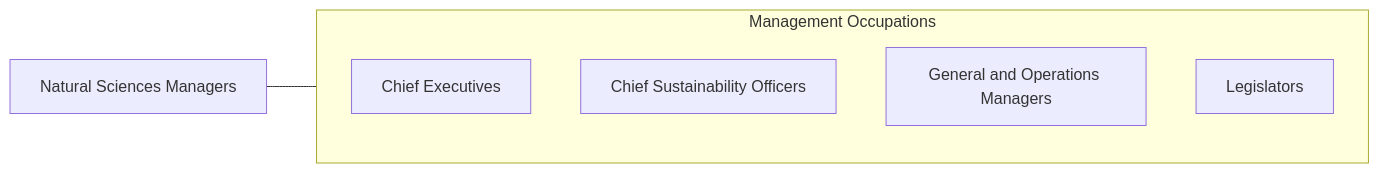
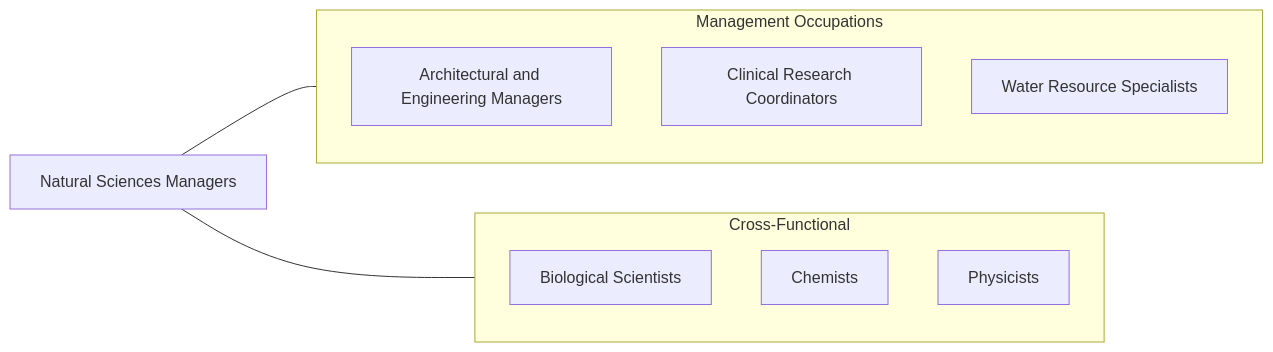
One commit to kziemski/business.org.ai changed the fourth of 4 diagrams in occupations/Management/NaturalSciencesManagers.mdx. Above: the diagram before and after it, drawn with Mermaid. The commit also changed other lines of this file and 938 other files, not shown here.

````diff
--- a/occupations/Management/NaturalSciencesManagers.mdx
+++ b/occupations/Management/NaturalSciencesManagers.mdx
@@ -121,13 +170,19 @@
 ```mermaid
 graph LR
-    Current["Natural Sciences Managers"]
+    NSM["Natural Sciences Managers"]
 
     subgraph SameCategory["Management Occupations"]
-        ChiefExecutives["Chief Executives"]
-        ChiefSustainabilityO["Chief Sustainability Officers"]
-        GeneralAndOperations["General and Operations Managers"]
-        Legislators["Legislators"]
+        AEM["Architectural and Engineering Managers"]
+        CRC["Clinical Research Coordinators"]
+        WRS["Water Resource Specialists"]
     end
 
-    Current --- SameCategory
+    subgraph CrossFunctional["Cross-Functional"]
+        Bio["Biological Scientists"]
+        Chem["Chemists"]
+        Phys["Physicists"]
+    end
+
+    NSM --- SameCategory
+    NSM --- CrossFunctional
 ```
````
